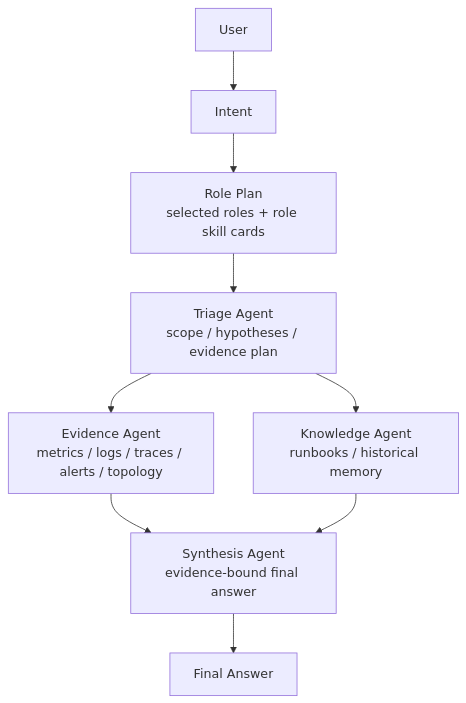
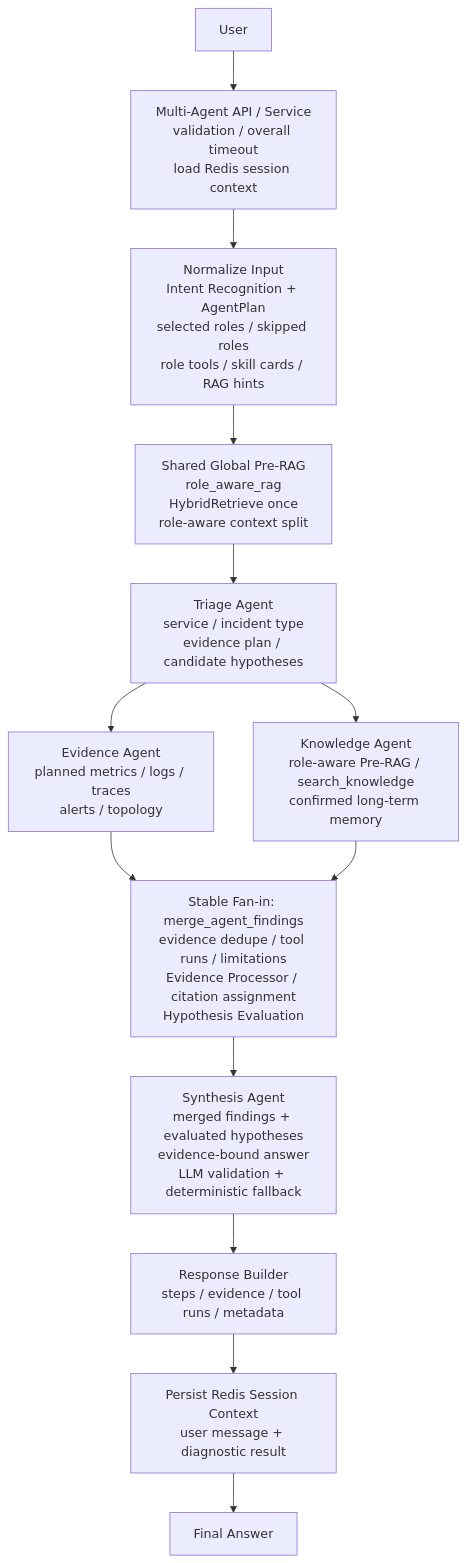
One commit to jiawei-wang-dev/WatchOps-Lite changed the fourth of 9 diagrams in README.md. Above: the diagram before and after it, drawn with Mermaid. The commit also changed other lines of this file and 1 other file, not shown here.

````diff
--- a/README.md
+++ b/README.md
@@ -166,11 +196,26 @@
 ```mermaid
 flowchart TB
-    U["User"] --> I["Intent"]
-    I --> P["Role Plan\nselected roles + role skill cards"]
-    P --> T["Triage Agent\nscope / hypotheses / evidence plan"]
-    T --> E["Evidence Agent\nmetrics / logs / traces / alerts / topology"]
-    T --> K["Knowledge Agent\nrunbooks / historical memory"]
-    E --> S["Synthesis Agent\nevidence-bound final answer"]
-    K --> S
-    S --> F["Final Answer"]
+    U["User"] --> API["Multi-Agent API / Service<br/>validation / overall timeout<br/>load Redis session context"]
+
+    API --> N["Normalize Input<br/>Intent Recognition + AgentPlan<br/>selected roles / skipped roles<br/>role tools / skill cards / RAG hints"]
+
+    N --> R["Shared Global Pre-RAG<br/>role_aware_rag<br/>HybridRetrieve once<br/>role-aware context split"]
+
+    R --> T["Triage Agent<br/>service / incident type<br/>evidence plan / candidate hypotheses"]
+
+    T --> E["Evidence Agent<br/>planned metrics / logs / traces<br/>alerts / topology"]
+
+    T --> K["Knowledge Agent<br/>role-aware Pre-RAG / search_knowledge<br/>confirmed long-term memory"]
+
+    E --> M["Stable Fan-in: merge_agent_findings<br/>evidence dedupe / tool runs / limitations<br/>Evidence Processor / citation assignment<br/>Hypothesis Evaluation"]
+
+    K --> M
+
+    M --> S["Synthesis Agent<br/>merged findings + evaluated hypotheses<br/>evidence-bound answer<br/>LLM validation + deterministic fallback"]
+
+    S --> B["Response Builder<br/>steps / evidence / tool runs / metadata"]
+
+    B --> P["Persist Redis Session Context<br/>user message + diagnostic result"]
+
+    P --> F["Final Answer"]
 ```
````
